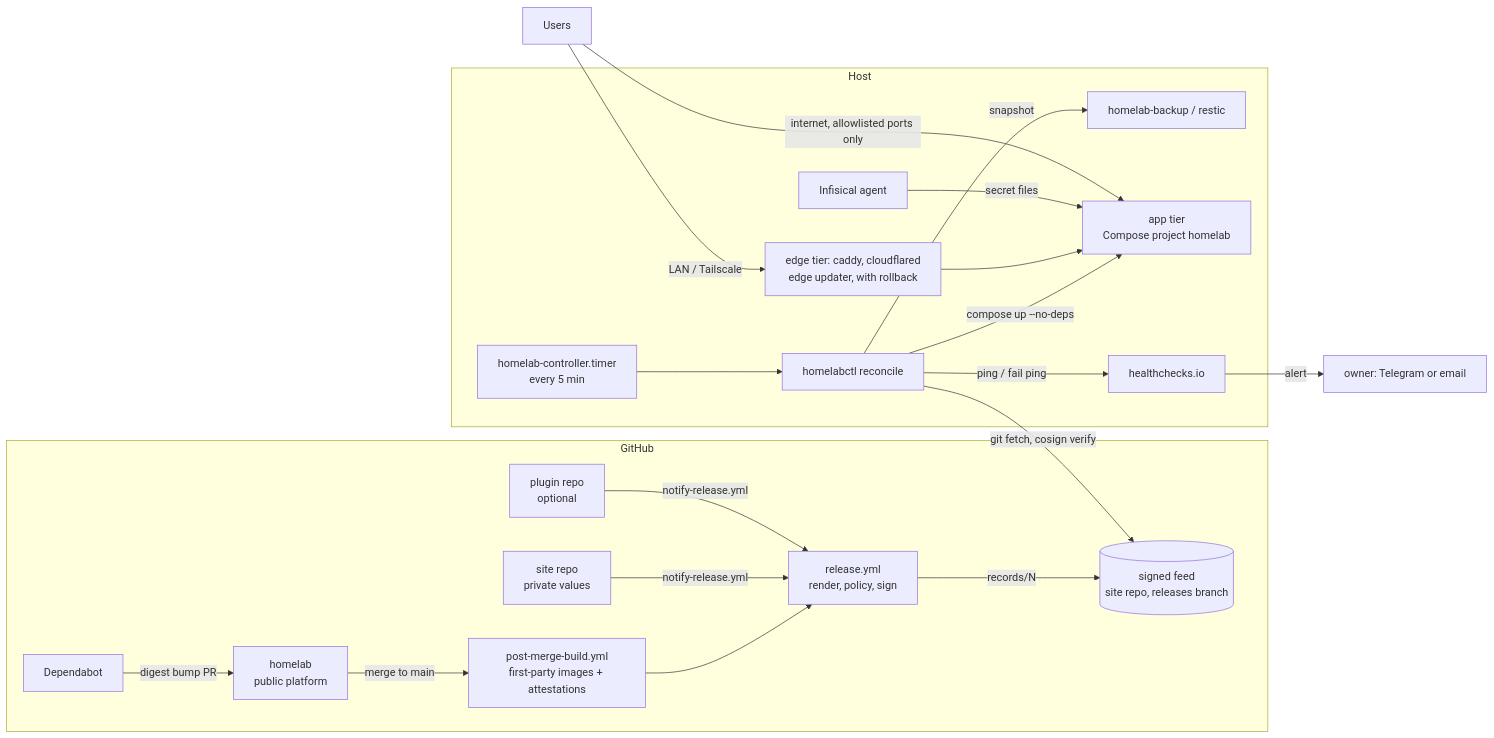
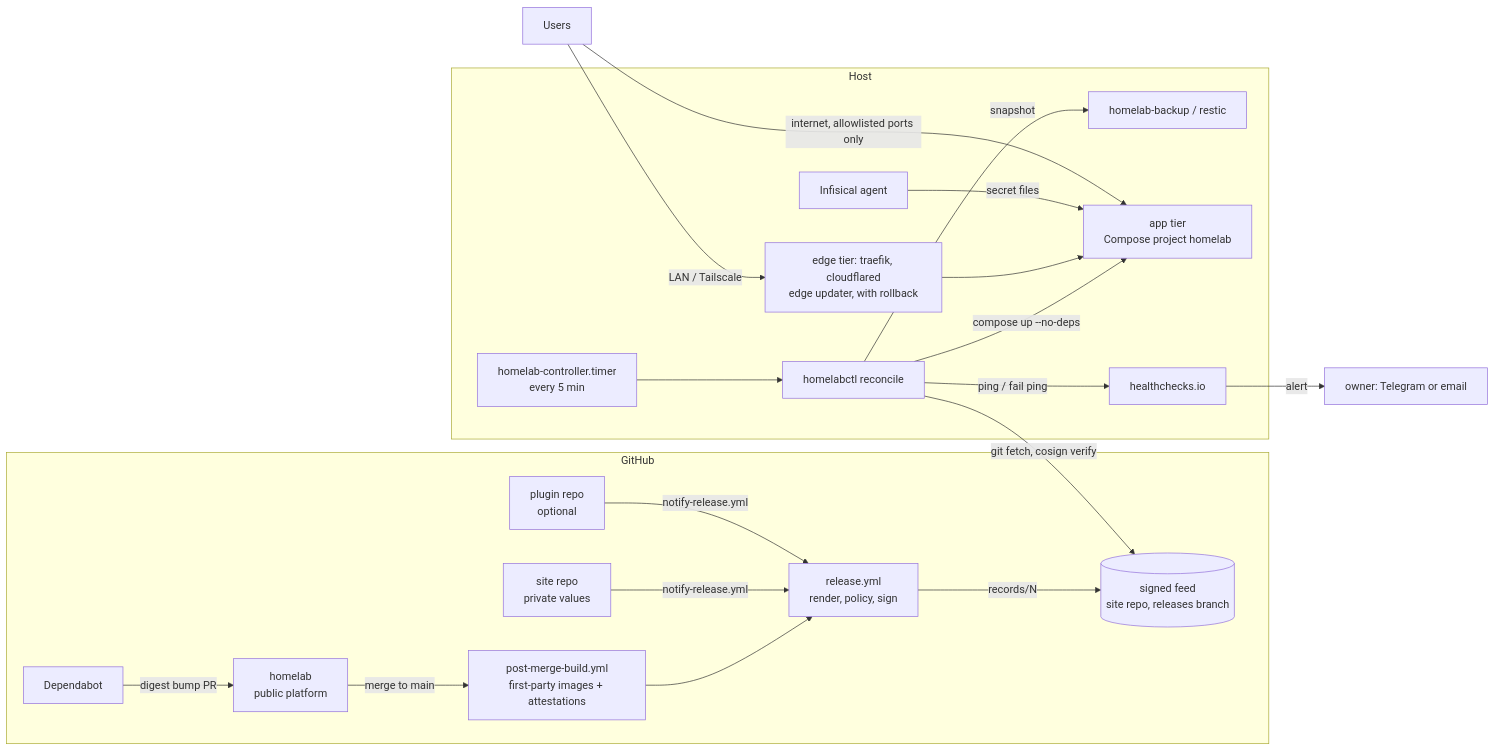
One commit to jon-robbins/homelab changed the diagram in docs/architecture/overview.md. Above: the diagram before and after it, drawn with Mermaid. The commit also changed other lines of this file and 28 other files, not shown here.

Commit message:
docs: describe the Traefik edge migration (#122)

````diff
--- a/docs/architecture/overview.md
+++ b/docs/architecture/overview.md
@@ -16,23 +16,23 @@
 ```mermaid
 flowchart LR
   subgraph GitHub
     P[homelab<br/>public platform] -->|merge to main| B[post-merge-build.yml<br/>first-party images + attestations]
     B --> R[release.yml<br/>render, policy, sign]
     S[site repo<br/>private values] -->|notify-release.yml| R
     G[plugin repo<br/>optional] -->|notify-release.yml| R
     D[Dependabot] -->|digest bump PR| P
     R -->|records/N| F[(signed feed<br/>site repo, releases branch)]
   end
   subgraph Host
     T[homelab-controller.timer<br/>every 5 min] --> C[homelabctl reconcile]
     C -->|git fetch, cosign verify| F
     C -->|snapshot| K[homelab-backup / restic]
     C -->|compose up --no-deps| A[app tier<br/>Compose project homelab]
-    E[edge tier: caddy, cloudflared<br/>edge updater, with rollback] --> A
+    E[edge tier: traefik, cloudflared<br/>edge updater, with rollback] --> A
     I[Infisical agent] -->|secret files| A
     C -->|ping / fail ping| H[healthchecks.io]
   end
   H -->|alert| O[owner: Telegram or email]
   U[Users] -->|LAN / Tailscale| E
   U -->|internet, allowlisted ports only| A
 ```
````
